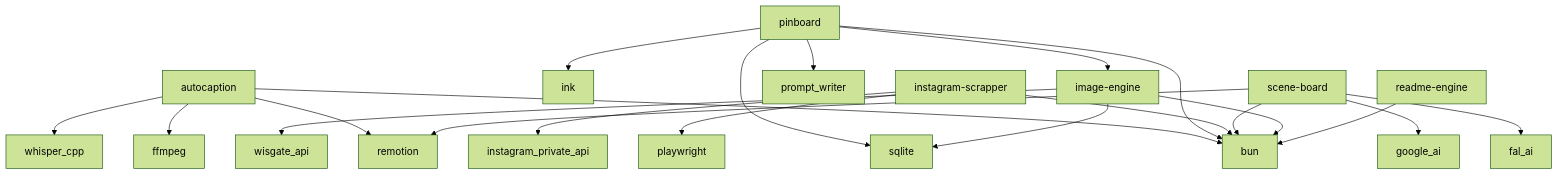
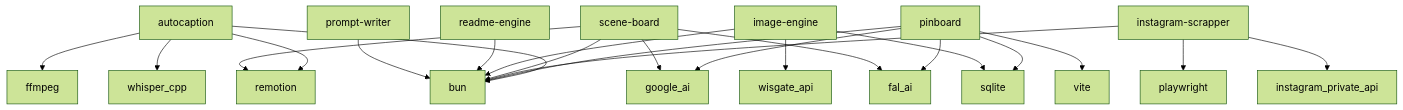
Before and after one commit to Dragon-hearted/Adcelerate: the diagram in README.md, drawn with Mermaid (forest theme). The commit also changed other lines of this file and 5 other files, not shown here.

````diff
--- a/README.md
+++ b/README.md
@@ -52,29 +52,31 @@
 ```mermaid
 graph TD
     autocaption[autocaption]
     autocaption --> bun
     autocaption --> ffmpeg
     autocaption --> whisper_cpp
     autocaption --> remotion
     pinboard[pinboard]
     pinboard --> bun
     pinboard --> sqlite
-    pinboard --> ink
-    pinboard --> image_engine
-    pinboard --> prompt_writer
+    pinboard --> google_ai
+    pinboard --> vite
+    pinboard --> fal_ai
     instagram_scrapper[instagram-scrapper]
     instagram_scrapper --> bun
     instagram_scrapper --> playwright
     instagram_scrapper --> instagram_private_api
     scene_board[scene-board]
     scene_board --> bun
     scene_board --> fal_ai
     scene_board --> google_ai
     scene_board --> remotion
     image_engine[image-engine]
     image_engine --> bun
     image_engine --> wisgate_api
     image_engine --> sqlite
     readme_engine[readme-engine]
     readme_engine --> bun
+    prompt_writer[prompt-writer]
+    prompt_writer --> bun
 ```
````
